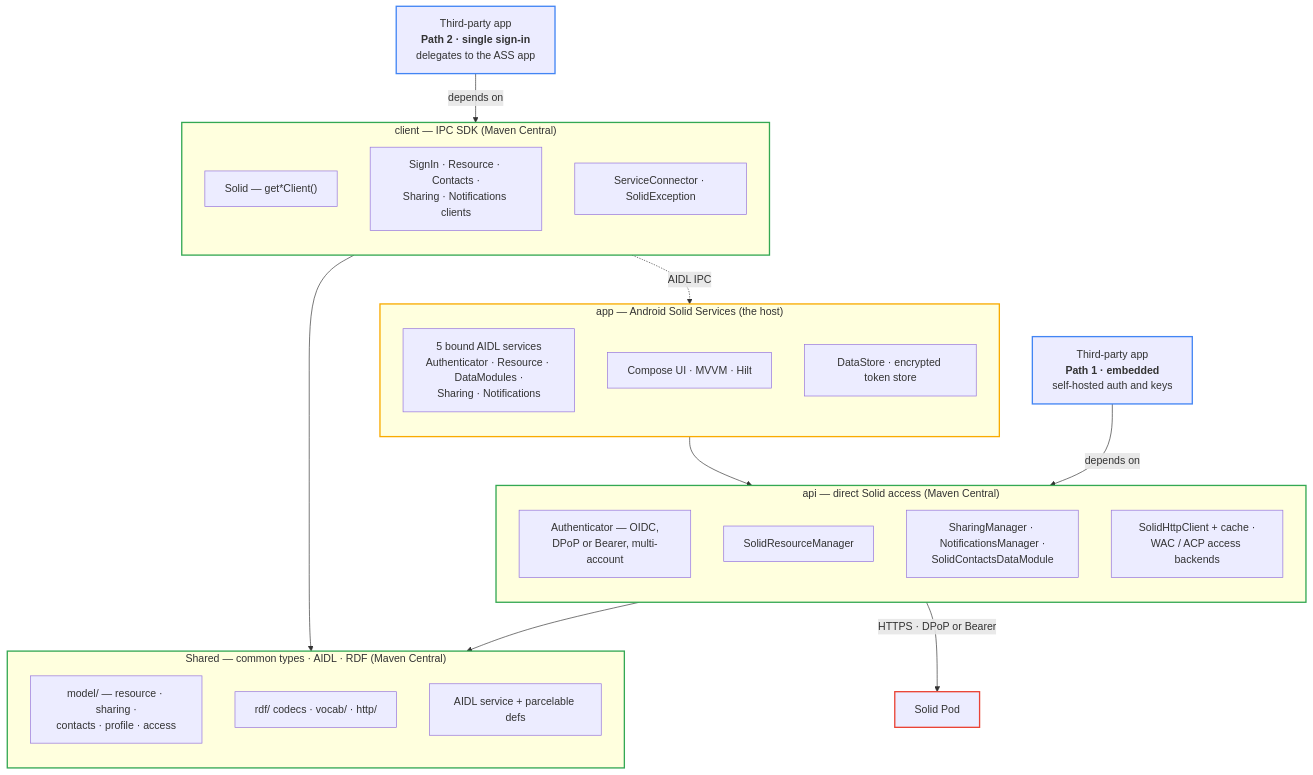
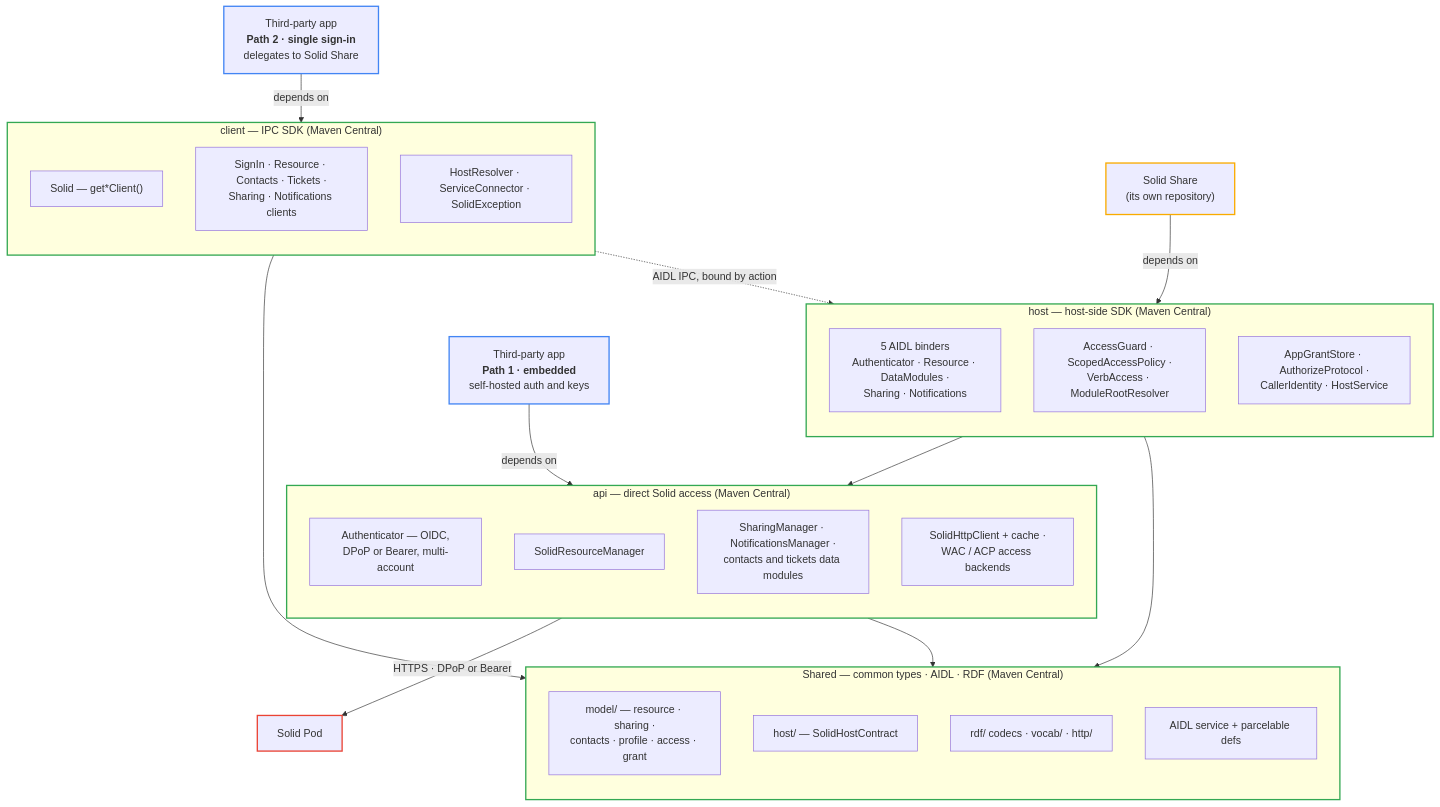
The first of 2 diagrams in docs/project/architecture.md (erfangholami/Android-Solid-Services), drawn with Mermaid before and after one commit. The commit also changed other lines of this file and 29 other files, not shown here.

Commit message:
Rewrite the documentation for Solid Share as the host, and document app access and hosting

````diff
--- a/docs/project/architecture.md
+++ b/docs/project/architecture.md
@@ -16,61 +20,66 @@
 ```mermaid
 graph TD
     %% ── Consumers: the two integration paths ──
     TPA1["Third-party app<br/><b>Path 1 · embedded</b><br/>self-hosted auth and keys"]
-    TPA2["Third-party app<br/><b>Path 2 · single sign-in</b><br/>delegates to the ASS app"]
+    TPA2["Third-party app<br/><b>Path 2 · single sign-in</b><br/>delegates to Solid Share"]
 
     subgraph CLIENT["client — IPC SDK (Maven Central)"]
         direction TB
         CL_ENTRY["Solid — get*Client()"]
-        CL_PROXY["SignIn · Resource · Contacts ·<br/>Sharing · Notifications clients"]
-        CL_CONN["ServiceConnector · SolidException"]
+        CL_PROXY["SignIn · Resource · Contacts · Tickets ·<br/>Sharing · Notifications clients"]
+        CL_CONN["HostResolver · ServiceConnector · SolidException"]
+    end
+
+    subgraph HOST["host — host-side SDK (Maven Central)"]
+        direction TB
+        HO_BIND["5 AIDL binders<br/>Authenticator · Resource · DataModules ·<br/>Sharing · Notifications"]
+        HO_POLICY["AccessGuard · ScopedAccessPolicy ·<br/>VerbAccess · ModuleRootResolver"]
+        HO_STORE["AppGrantStore · AuthorizeProtocol ·<br/>CallerIdentity · HostService"]
     end
 
     subgraph API["api — direct Solid access (Maven Central)"]
         direction TB
         AP_AUTH["Authenticator — OIDC,<br/>DPoP or Bearer, multi-account"]
         AP_RES["SolidResourceManager"]
-        AP_SHARE["SharingManager · NotificationsManager ·<br/>SolidContactsDataModule"]
+        AP_SHARE["SharingManager · NotificationsManager ·<br/>contacts and tickets data modules"]
         AP_HTTP["SolidHttpClient + cache ·<br/>WAC / ACP access backends"]
-    end
-
-    subgraph APP["app — Android Solid Services (the host)"]
-        direction TB
-        AP_SVC["5 bound AIDL services<br/>Authenticator · Resource · DataModules ·<br/>Sharing · Notifications"]
-        AP_UI["Compose UI · MVVM · Hilt"]
-        AP_STORE["DataStore · encrypted token store"]
     end
 
     subgraph SHARED["Shared — common types · AIDL · RDF (Maven Central)"]
         direction TB
-        SH_MODEL["model/ — resource · sharing ·<br/>contacts · profile · access"]
+        SH_MODEL["model/ — resource · sharing ·<br/>contacts · profile · access · grant"]
+        SH_HOST["host/ — SolidHostContract"]
         SH_RDF["rdf/ codecs · vocab/ · http/"]
         SH_AIDL["AIDL service + parcelable defs"]
     end
 
+    APP["Solid Share<br/>(its own repository)"]
     POD["Solid Pod"]
 
     %% Path 1 — embed api, talk to the pod directly
     TPA1 -->|depends on| API
     API -->|"HTTPS · DPoP or Bearer"| POD
 
-    %% Path 2 — use client, which IPCs into the ASS app
+    %% Path 2 — use client, which IPCs into the host app
     TPA2 -->|depends on| CLIENT
-    CLIENT -.->|AIDL IPC| AP_SVC
-    AP_SVC --> API
+    CLIENT -.->|"AIDL IPC, bound by action"| HO_BIND
+    APP -->|depends on| HOST
+    HOST --> API
 
-    %% Foundation dependencies (the app depends on both libraries — see prose)
+    %% Foundation dependencies
     API --> SHARED
     CLIENT --> SHARED
+    HOST --> SHARED
 
     %% Outlines only — fills and text follow the page theme, so this reads in light and dark.
     classDef consumer stroke:#4285f4,stroke-width:2px;
     classDef pod stroke:#ea4335,stroke-width:2px;
     class TPA1,TPA2 consumer
     class POD pod
 
     style CLIENT stroke:#34a853,stroke-width:2px
     style API stroke:#34a853,stroke-width:2px
     style SHARED stroke:#34a853,stroke-width:2px
+    style HOST stroke:#34a853,stroke-width:2px
     style APP stroke:#f9ab00,stroke-width:2px
 ```
````
